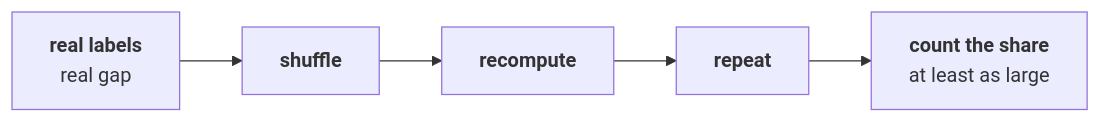
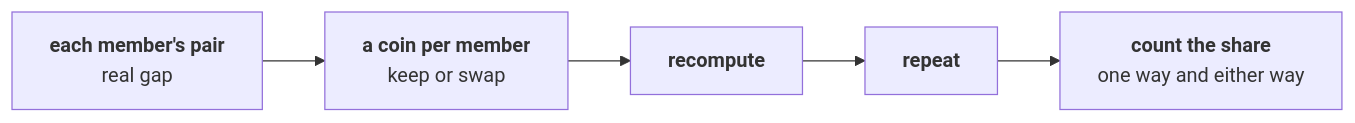
Before and after one commit to fde-academy-lab/c2-content-factory: the third of 7 diagrams in content/W01/D4/whiteboards/C2_W01_D04_real_or_wobble_STUDENT.md, drawn with Mermaid. The commit also changed other lines of this file and 2 other files, not shown here.

````diff
--- a/content/W01/D4/whiteboards/C2_W01_D04_real_or_wobble_STUDENT.md
+++ b/content/W01/D4/whiteboards/C2_W01_D04_real_or_wobble_STUDENT.md
@@ -50,4 +52,4 @@
 ```mermaid
 flowchart LR
-    A["<b>real labels</b><br/>real gap"] --> B["<b>shuffle</b>"] --> C["<b>recompute</b>"] --> D["<b>repeat</b>"] --> E["<b>count the share</b><br/>at least as large"]
+    A["<b>each member's pair</b><br/>real gap"] --> B["<b>a coin per member</b><br/>keep or swap"] --> C["<b>recompute</b>"] --> D["<b>repeat</b>"] --> E["<b>count the share</b><br/>one way and either way"]
 ```
````
